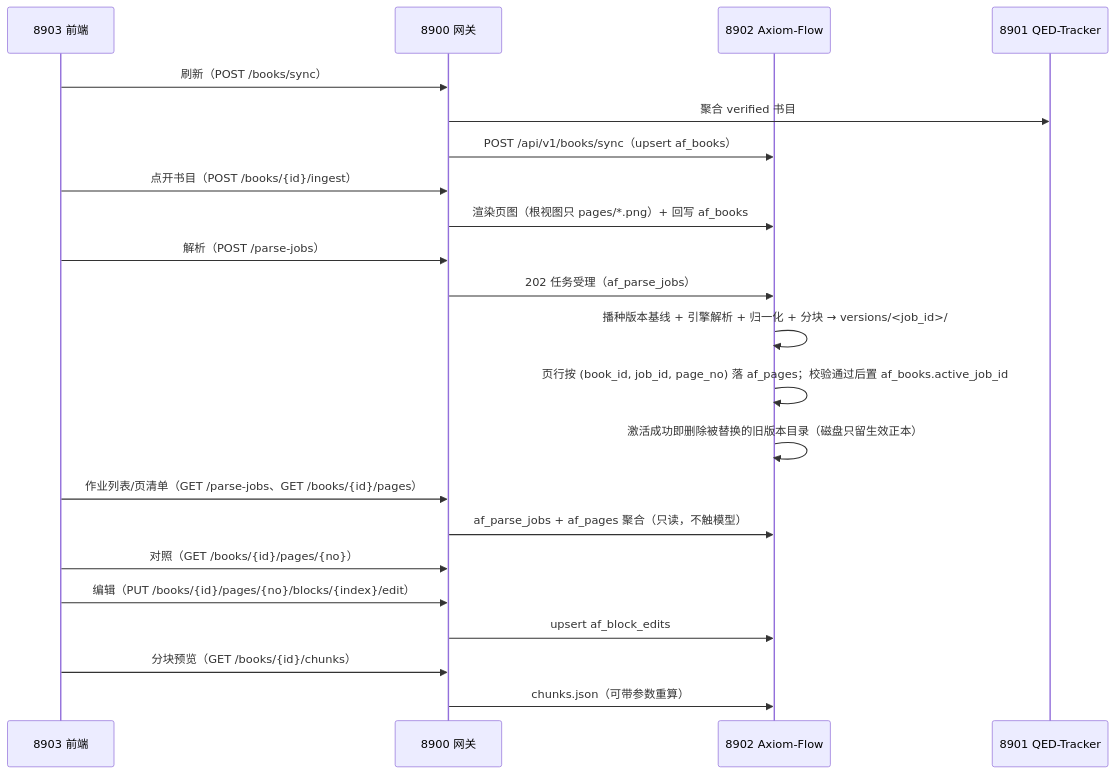
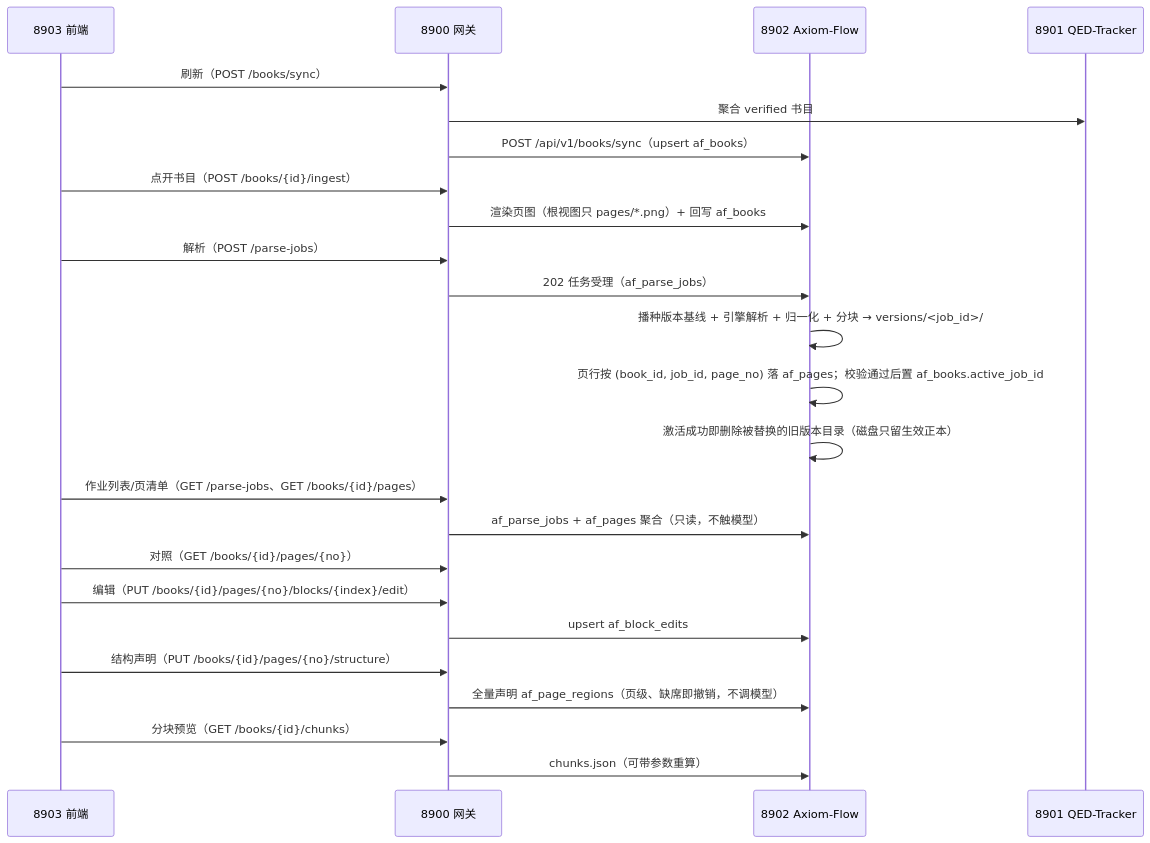
One commit to swfswf1234/Axiom-Flow changed the diagram in docs/design/parsing-management.md. Above: the diagram before and after it, drawn with Mermaid. The commit also changed other lines of this file and 33 other files, not shown here.

Commit message:
feat: PLAN-018 W2 af_page_regions 第五表与结构声明端点落地（并行会话实施，按用户授权整文件提交）＋ ARCH-022/PLAN-019 文档整理批（ADR 0015 元数据接线、ARCH-011 残留措辞改判、状态同步与引用去漂移）

````diff
--- a/docs/design/parsing-management.md
+++ b/docs/design/parsing-management.md
@@ -56,24 +56,26 @@
 ```mermaid
 sequenceDiagram
     participant FE as 8903 前端
     participant GW as 8900 网关
     participant AX as 8902 Axiom-Flow
     participant TR as 8901 QED-Tracker
     FE->>GW: 刷新（POST /books/sync）
     GW->>TR: 聚合 verified 书目
     GW->>AX: POST /api/v1/books/sync（upsert af_books）
     FE->>GW: 点开书目（POST /books/{id}/ingest）
     GW->>AX: 渲染页图（根视图只 pages/*.png）+ 回写 af_books
     FE->>GW: 解析（POST /parse-jobs）
     GW->>AX: 202 任务受理（af_parse_jobs）
     AX->>AX: 播种版本基线 + 引擎解析 + 归一化 + 分块 → versions/<job_id>/
     AX->>AX: 页行按 (book_id, job_id, page_no) 落 af_pages；校验通过后置 af_books.active_job_id
     AX->>AX: 激活成功即删除被替换的旧版本目录（磁盘只留生效正本）
     FE->>GW: 作业列表/页清单（GET /parse-jobs、GET /books/{id}/pages）
     GW->>AX: af_parse_jobs + af_pages 聚合（只读，不触模型）
     FE->>GW: 对照（GET /books/{id}/pages/{no}）
     FE->>GW: 编辑（PUT /books/{id}/pages/{no}/blocks/{index}/edit）
     GW->>AX: upsert af_block_edits
+    FE->>GW: 结构声明（PUT /books/{id}/pages/{no}/structure）
+    GW->>AX: 全量声明 af_page_regions（页级、缺席即撤销，不调模型）
     FE->>GW: 分块预览（GET /books/{id}/chunks）
     GW->>AX: chunks.json（可带参数重算）
 ```
````
